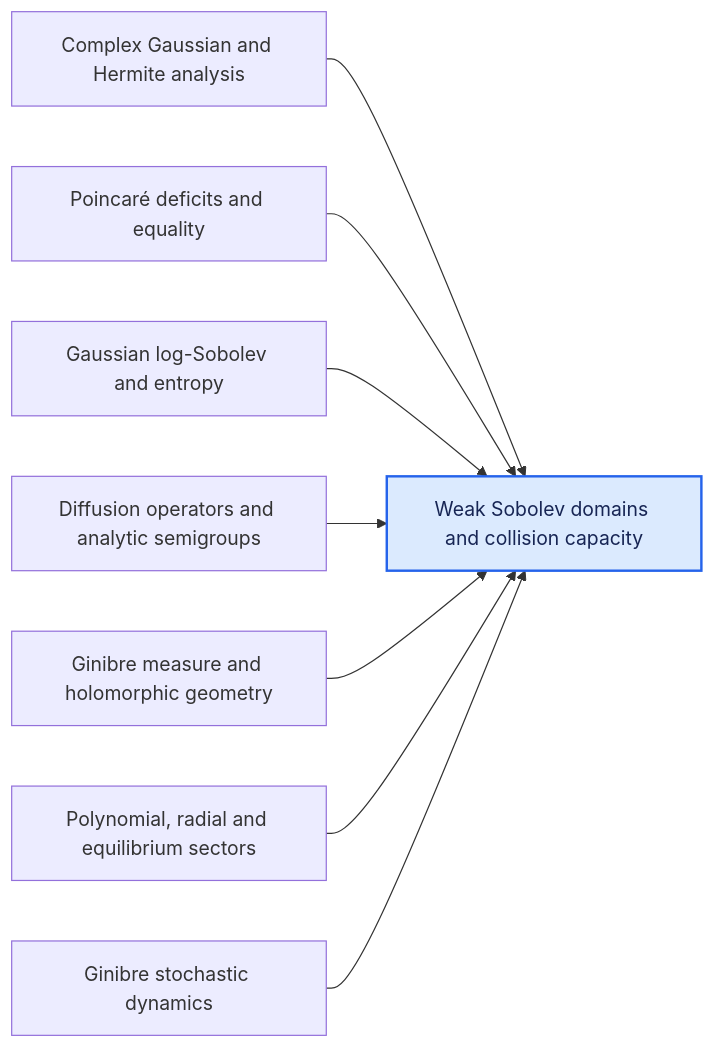
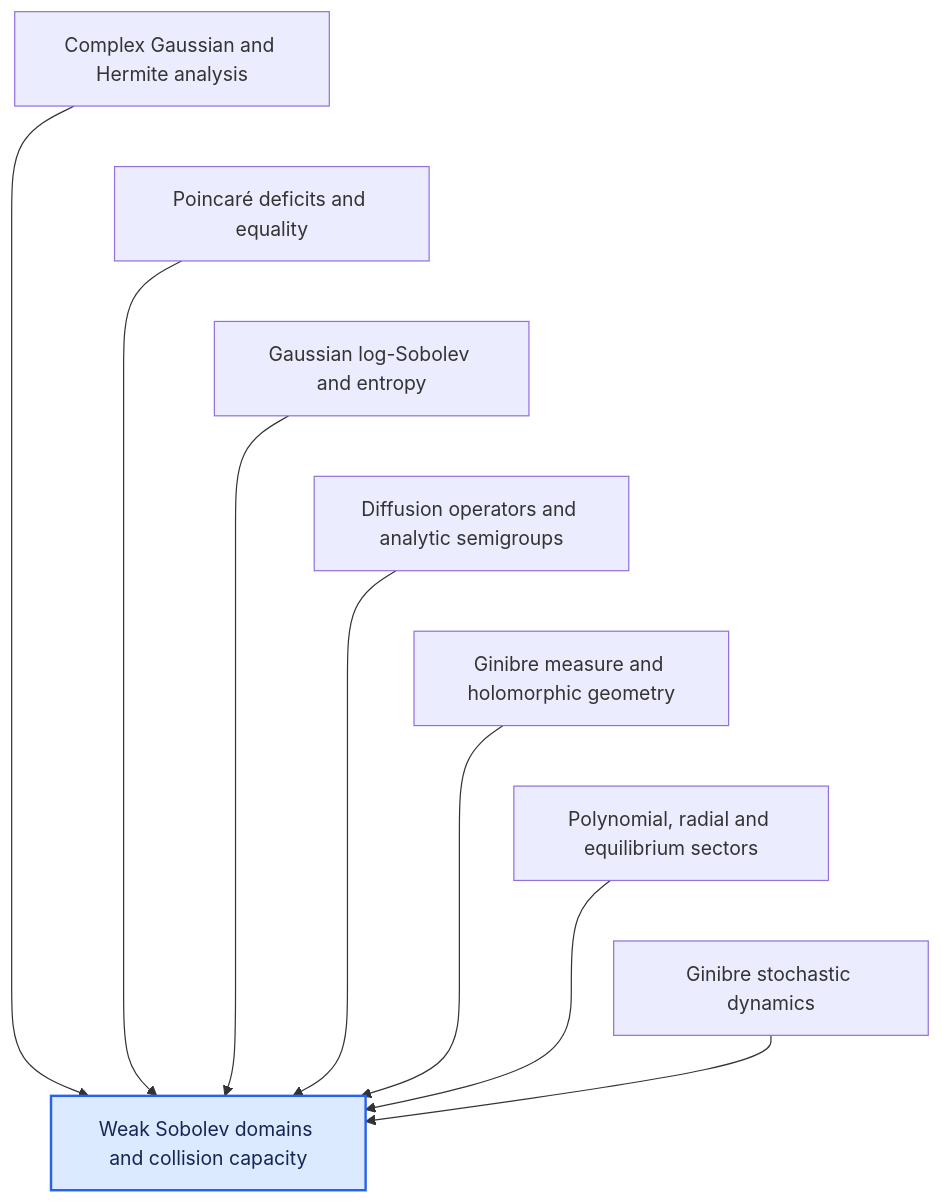
The fourth of 12 diagrams in DEPENDENCIES.md (djalilchafai/ginibre-poincare), drawn with Mermaid before and after one commit. The commit also changed other lines of this file and 44 other files, not shown here.

Commit message:
Make dependency diagrams vertical and add GitHub Pages deployment

````diff
--- a/DEPENDENCIES.md
+++ b/DEPENDENCIES.md
@@ -85,12 +98,18 @@
 ```mermaid
-flowchart LR
+flowchart TB
   ComplexGaussianHermite["Complex Gaussian and Hermite analysis"] --> WeakSobolev["Weak Sobolev domains and collision capacity"]
   DeficitsEquality["Poincaré deficits and equality"] --> WeakSobolev["Weak Sobolev domains and collision capacity"]
   GaussianLSI["Gaussian log-Sobolev and entropy"] --> WeakSobolev["Weak Sobolev domains and collision capacity"]
   GeneratorSemigroup["Diffusion operators and analytic semigroups"] --> WeakSobolev["Weak Sobolev domains and collision capacity"]
   GinibreMeasureGeometry["Ginibre measure and holomorphic geometry"] --> WeakSobolev["Weak Sobolev domains and collision capacity"]
   PolynomialRadial["Polynomial, radial and equilibrium sectors"] --> WeakSobolev["Weak Sobolev domains and collision capacity"]
   StochasticDynamics["Ginibre stochastic dynamics"] --> WeakSobolev["Weak Sobolev domains and collision capacity"]
+  ComplexGaussianHermite ~~~ DeficitsEquality
+  DeficitsEquality ~~~ GaussianLSI
+  GaussianLSI ~~~ GeneratorSemigroup
+  GeneratorSemigroup ~~~ GinibreMeasureGeometry
+  GinibreMeasureGeometry ~~~ PolynomialRadial
+  PolynomialRadial ~~~ StochasticDynamics
   classDef target fill:#dbeafe,stroke:#2563eb,stroke-width:2px,color:#172554;
   class WeakSobolev target;
 ```
````
